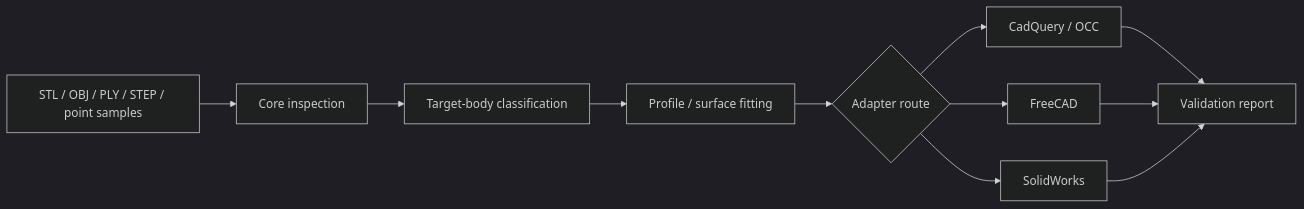
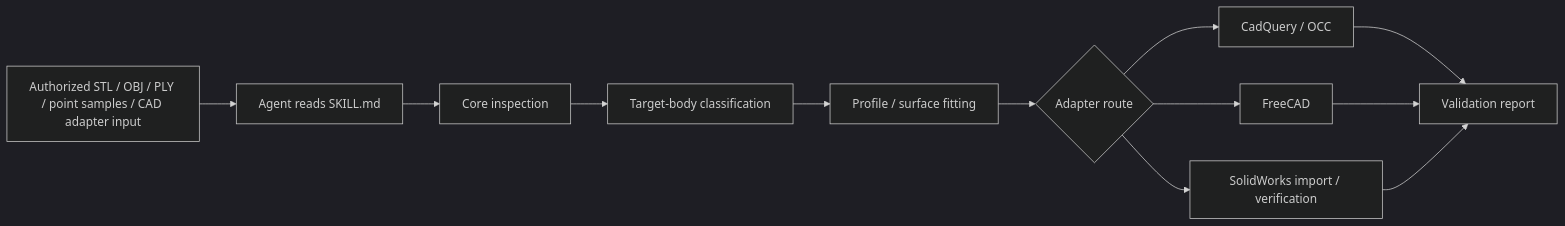
Before and after one commit to 18871379330/curved-surface-reconstruction: the diagram in README.md, drawn with Mermaid (dark theme). The commit also changed other lines of this file and 4 other files, not shown here.

First line of the commit message:
Optimize AgentSkill packaging and documentation

````diff
--- a/README.md
+++ b/README.md
@@ -60,13 +83,14 @@
 ```mermaid
 graph LR
-  A[STL / OBJ / PLY / STEP / point samples] --> B[Core inspection]
-  B --> C[Target-body classification]
-  C --> D[Profile / surface fitting]
-  D --> E{Adapter route}
-  E --> F[CadQuery / OCC]
-  E --> G[FreeCAD]
-  E --> H[SolidWorks]
-  F --> I[Validation report]
-  G --> I
-  H --> I
+  A[Authorized STL / OBJ / PLY / point samples / CAD adapter input] --> B[Agent reads SKILL.md]
+  B --> C[Core inspection]
+  C --> D[Target-body classification]
+  D --> E[Profile / surface fitting]
+  E --> F{Adapter route}
+  F --> G[CadQuery / OCC]
+  F --> H[FreeCAD]
+  F --> I[SolidWorks import / verification]
+  G --> J[Validation report]
+  H --> J
+  I --> J
 ```
````
